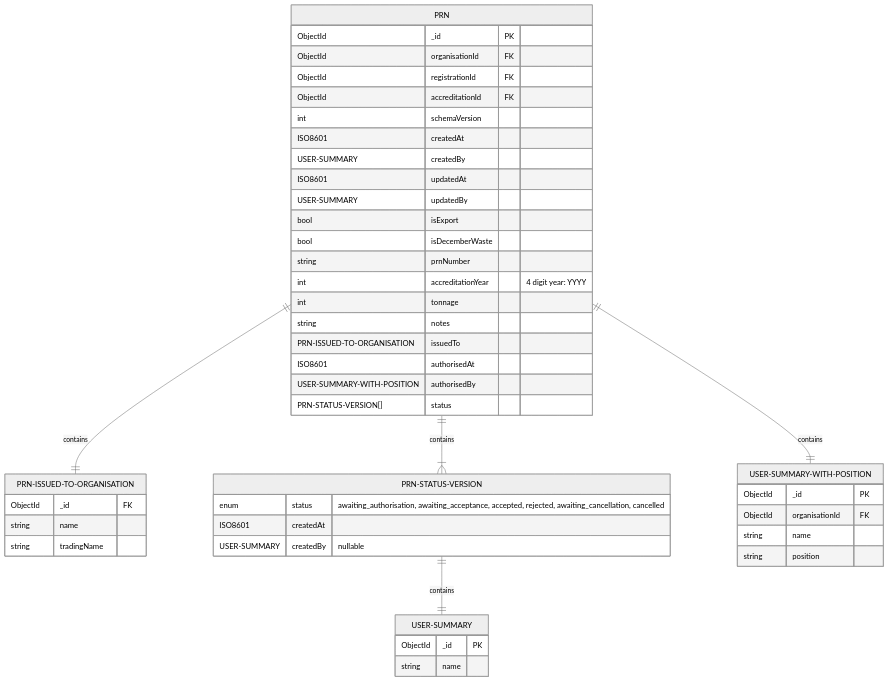
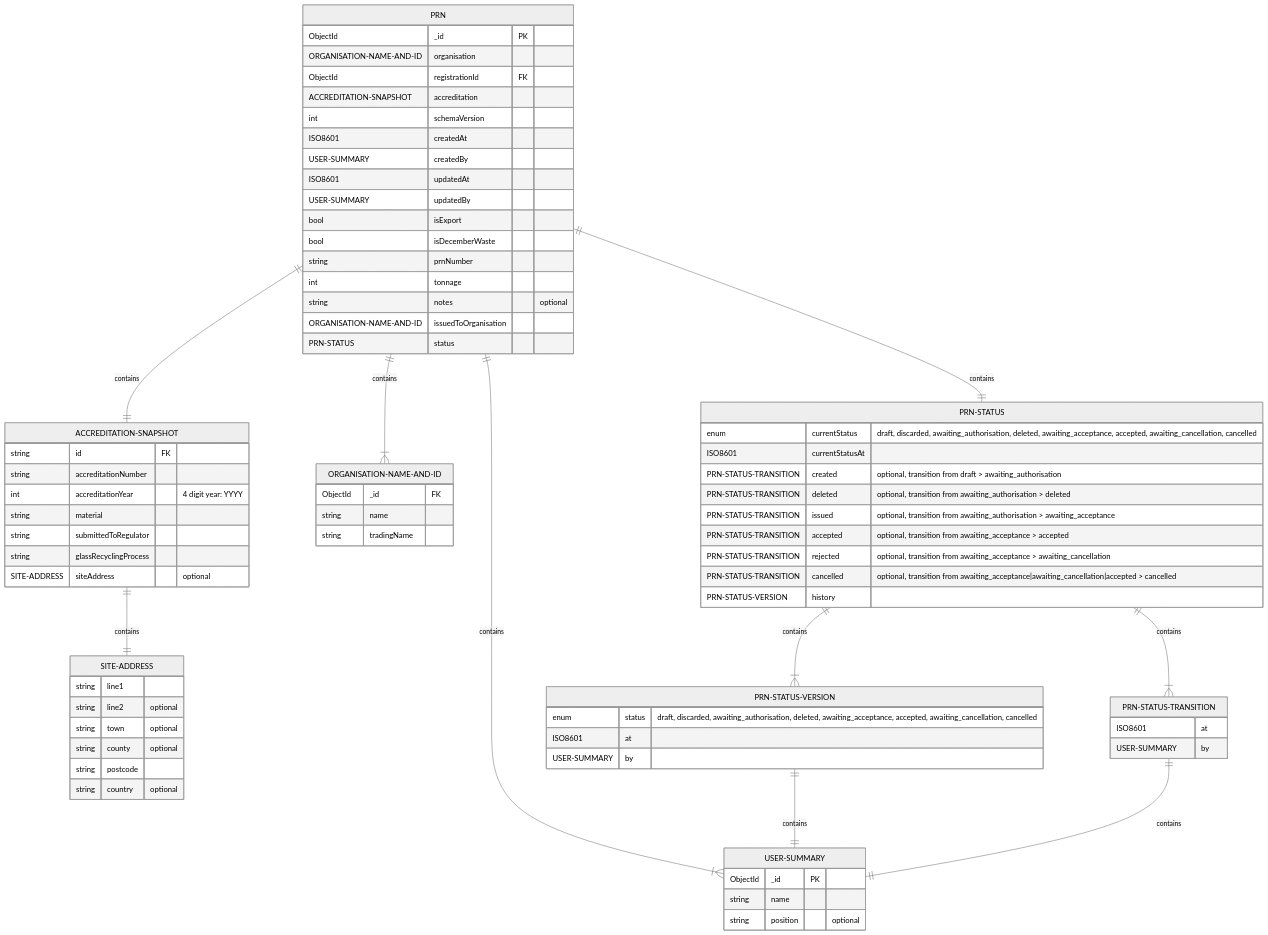
The third of 6 diagrams in docs/architecture/discovery/pepr-lld.md (DEFRA/epr-re-ex-service), drawn with Mermaid (neutral theme) before and after one commit. The commit also changed other lines of this file and 1 other file, not shown here.

Commit message:
PAE-1038 Align PRN LLD with current implementation (#70)

````diff
--- a/docs/architecture/discovery/pepr-lld.md
+++ b/docs/architecture/discovery/pepr-lld.md
@@ -597,9 +597,9 @@
 erDiagram
   PRN {
     ObjectId _id PK
-    ObjectId organisationId FK
+    ORGANISATION-NAME-AND-ID organisation
     ObjectId registrationId FK
-    ObjectId accreditationId FK
+    ACCREDITATION-SNAPSHOT accreditation
     int schemaVersion
     ISO8601 createdAt
     USER-SUMMARY createdBy
@@ -608,41 +608,73 @@
     bool isExport
     bool isDecemberWaste
     string prnNumber
-    int accreditationYear "4 digit year: YYYY"
     int tonnage
-    string notes
-    PRN-ISSUED-TO-ORGANISATION issuedTo
-    ISO8601 authorisedAt
-    USER-SUMMARY-WITH-POSITION authorisedBy
-    PRN-STATUS-VERSION[] status
+    string notes "optional"
+    ORGANISATION-NAME-AND-ID issuedToOrganisation
+    PRN-STATUS status
   }
 
-  PRN-ISSUED-TO-ORGANISATION {
+  ACCREDITATION-SNAPSHOT {
+    string id FK
+    string accreditationNumber
+    int accreditationYear "4 digit year: YYYY"
+    string material
+    string submittedToRegulator
+    string glassRecyclingProcess
+    SITE-ADDRESS siteAddress "optional"
+  }
+
+  SITE-ADDRESS {
+    string line1
+    string line2 "optional"
+    string town "optional"
+    string county "optional"
+    string postcode
+    string country "optional"
+  }
+
+  ORGANISATION-NAME-AND-ID {
     ObjectId _id FK
     string name
     string tradingName
   }
 
+  PRN-STATUS {
+    enum currentStatus "draft, discarded, awaiting_authorisation, deleted, awaiting_acceptance, accepted, awaiting_cancellation, cancelled"
+    ISO8601 currentStatusAt
+    PRN-STATUS-TRANSITION created "optional, transition from draft > awaiting_authorisation"
+    PRN-STATUS-TRANSITION deleted "optional, transition from awaiting_authorisation > deleted"
+    PRN-STATUS-TRANSITION issued "optional, transition from awaiting_authorisation > awaiting_acceptance"
+    PRN-STATUS-TRANSITION accepted "optional, transition from awaiting_acceptance > accepted"
+    PRN-STATUS-TRANSITION rejected "optional, transition from awaiting_acceptance > awaiting_cancellation"
+    PRN-STATUS-TRANSITION cancelled "optional, transition from awaiting_acceptance|awaiting_cancellation|accepted > cancelled"
+    PRN-STATUS-VERSION history
+  }
+
+  PRN-STATUS-TRANSITION {
+    ISO8601 at
+    USER-SUMMARY by
+  }
+
   PRN-STATUS-VERSION {
-    enum status "awaiting_authorisation, awaiting_acceptance, accepted, rejected, awaiting_cancellation, cancelled"
-    ISO8601 createdAt
-    USER-SUMMARY createdBy "nullable"
+    enum status "draft, discarded, awaiting_authorisation, deleted, awaiting_acceptance, accepted, awaiting_cancellation, cancelled"
+    ISO8601 at
+    USER-SUMMARY by
   }
 
   USER-SUMMARY {
     ObjectId _id PK
     string name
+    string position "optional"
   }
 
-  USER-SUMMARY-WITH-POSITION {
-    ObjectId _id PK
-    ObjectId organisationId FK
-    string name
-    string position
-  }
-
-  PRN ||--|| PRN-ISSUED-TO-ORGANISATION : contains
-  PRN ||--|{ PRN-STATUS-VERSION : contains
+  PRN ||--|{ ORGANISATION-NAME-AND-ID : contains
+  PRN ||--|| PRN-STATUS : contains
+  PRN ||--|{ USER-SUMMARY : contains
+  PRN-STATUS ||--|{ PRN-STATUS-VERSION : contains
   PRN-STATUS-VERSION ||--|| USER-SUMMARY : contains
-  PRN ||--|| USER-SUMMARY-WITH-POSITION : contains
+  PRN-STATUS ||--|{ PRN-STATUS-TRANSITION : contains
+  PRN-STATUS-TRANSITION ||--|| USER-SUMMARY : contains
+  PRN ||--|| ACCREDITATION-SNAPSHOT : contains
+  ACCREDITATION-SNAPSHOT ||--|| SITE-ADDRESS : contains
 ```
````
